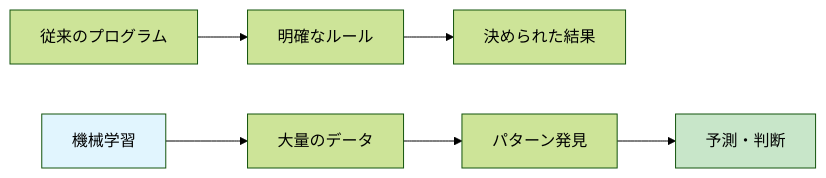
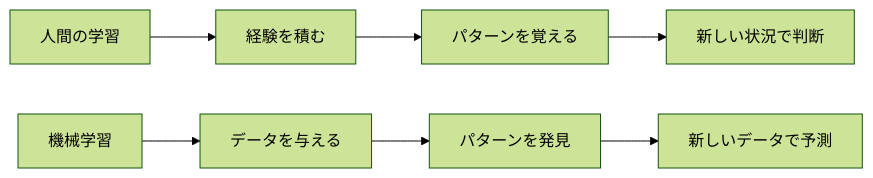
The first of 13 diagrams in AI/Machine_Learning.md (SparklingDetergent/doc_genai_mental_model), drawn with Mermaid (forest theme) before and after one commit. The commit also changed other lines of this file, not shown here.

````diff
--- a/AI/Machine_Learning.md
+++ b/AI/Machine_Learning.md
@@ -27,12 +27,13 @@
 ```mermaid
 graph LR
-    A[従来のプログラム] --> B[明確なルール]
-    B --> C[決められた結果]
+    A[人間の学習] --> B[経験を積む]
+    B --> C[パターンを覚える]
+    C --> D[新しい状況で判断]
     
-    D[機械学習] --> E[大量のデータ]
-    E --> F[パターン発見]
-    F --> G[予測・判断]
+    E[機械学習] --> F[データを与える]
+    F --> G[パターンを発見]
+    G --> H[新しいデータで予測]
     
-    style D fill:#e1f5fe
-    style G fill:#c8e6c9
+    click A "/docs/human-learning.md" "人間の学習メカニズム"
+    click E "/docs/machine-learning-basics.md" "機械学習の基礎"
 ```
````
